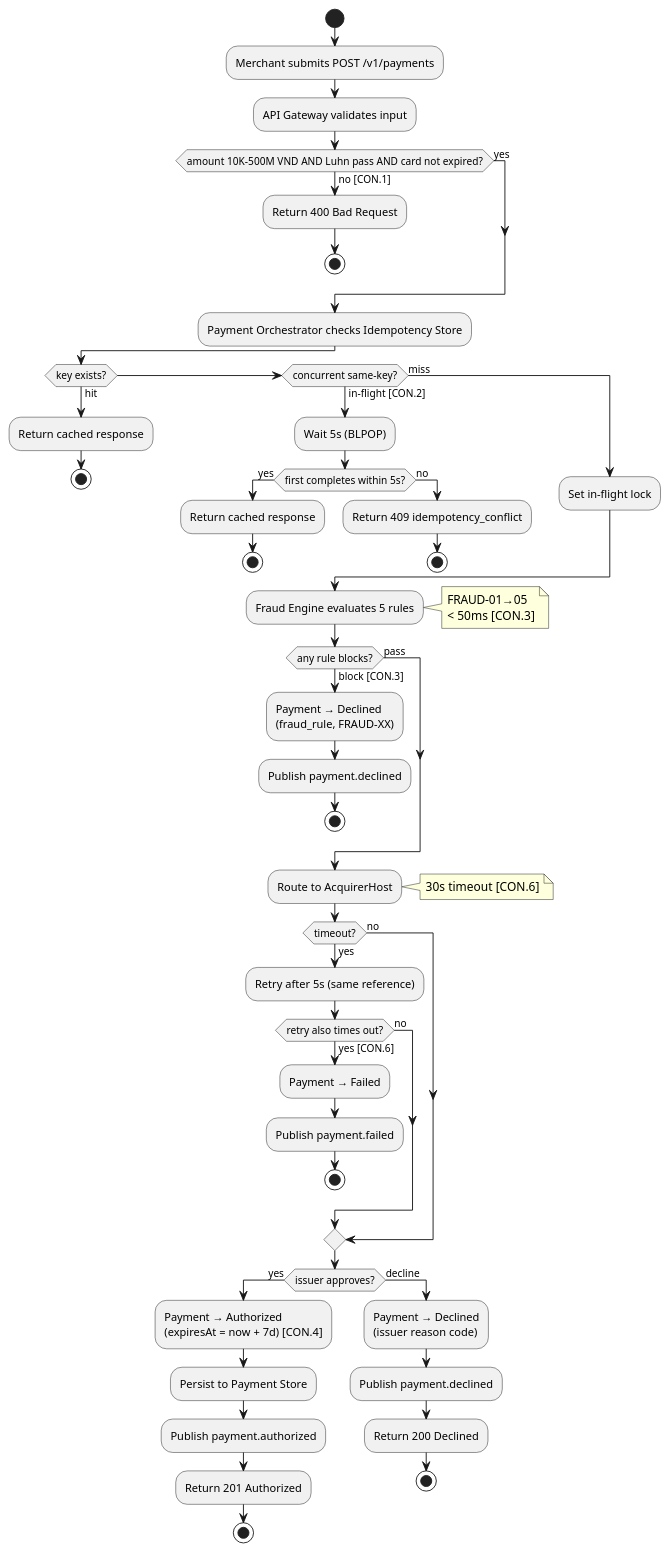
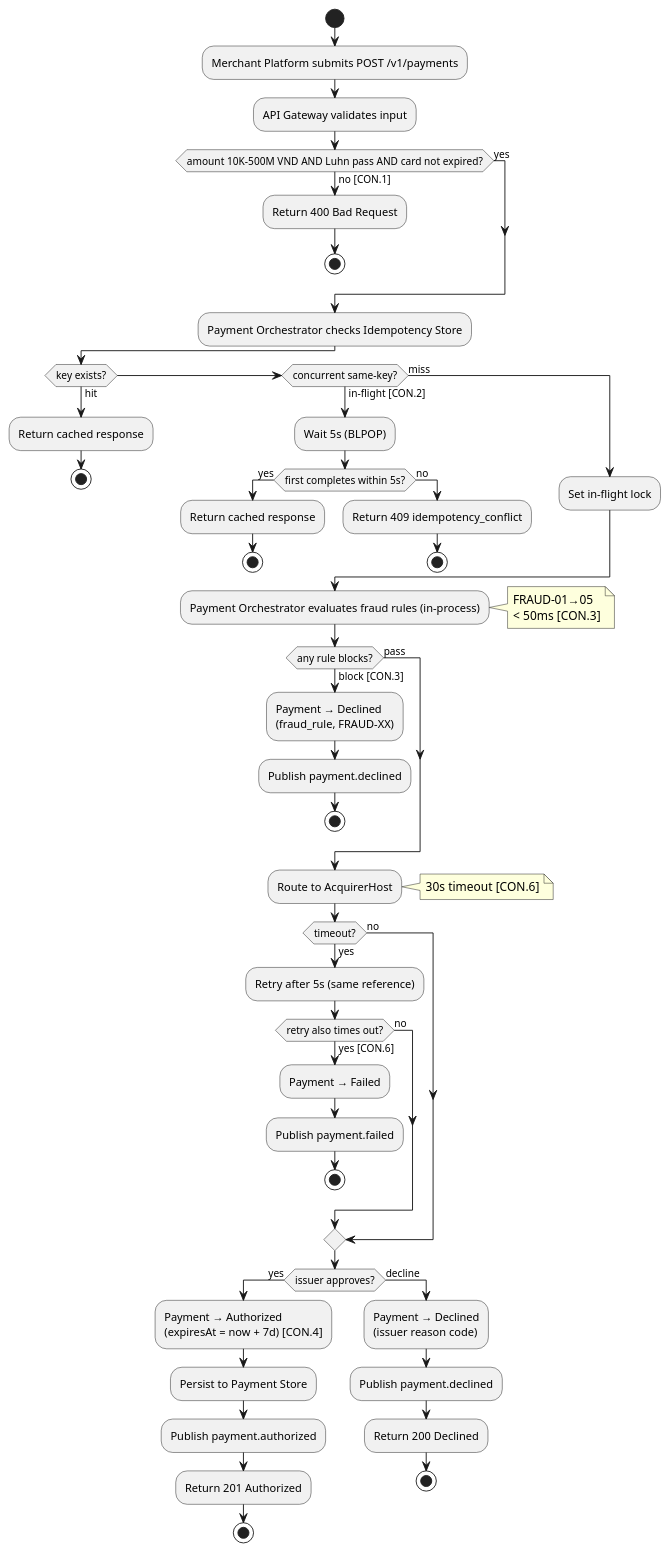
One commit to manhtienptit/team3 changed the fourth of 5 diagrams in Lb/Lab5-UML-LowLevel.md. Above: the diagram before and after it, drawn with PlantUML. The commit also changed other lines of this file and 6 other files, not shown here.

````diff
--- a/Lb/Lab5-UML-LowLevel.md
+++ b/Lb/Lab5-UML-LowLevel.md
@@ -323,69 +319,69 @@
 ```plantuml
 @startuml
 start
 
-:Merchant submits POST /v1/payments;
+:Merchant Platform submits POST /v1/payments;
 
 :API Gateway validates input;
 if (amount 10K–500M VND AND Luhn pass AND card not expired?) then (yes)
 else (no [CON.1])
   :Return 400 Bad Request;
   stop
 endif
 
 :Payment Orchestrator checks Idempotency Store;
 if (key exists?) then (hit)
   :Return cached response;
   stop
 elseif (concurrent same-key?) then (in-flight [CON.2])
   :Wait 5s (BLPOP);
   if (first completes within 5s?) then (yes)
     :Return cached response;
     stop
   else (no)
     :Return 409 idempotency_conflict;
     stop
   endif
 else (miss)
   :Set in-flight lock;
 endif
 
-:Fraud Engine evaluates 5 rules;
+:Payment Orchestrator evaluates fraud rules (in-process);
 note right: FRAUD-01→05\n< 50ms [CON.3]
 
 if (any rule blocks?) then (block [CON.3])
   :Payment → Declined\n(fraud_rule, FRAUD-XX);
   :Publish payment.declined;
   stop
 else (pass)
 endif
 
 :Route to AcquirerHost;
 note right: 30s timeout [CON.6]
 
 if (timeout?) then (yes)
   :Retry after 5s (same reference);
   if (retry also times out?) then (yes [CON.6])
     :Payment → Failed;
     :Publish payment.failed;
     stop
   else (no)
   endif
 else (no)
 endif
 
 if (issuer approves?) then (yes)
   :Payment → Authorized\n(expiresAt = now + 7d) [CON.4];
   :Persist to Payment Store;
   :Publish payment.authorized;
   :Return 201 Authorized;
   stop
 else (decline)
   :Payment → Declined\n(issuer reason code);
   :Publish payment.declined;
   :Return 200 Declined;
   stop
 endif
 
 @enduml
 ```
````
